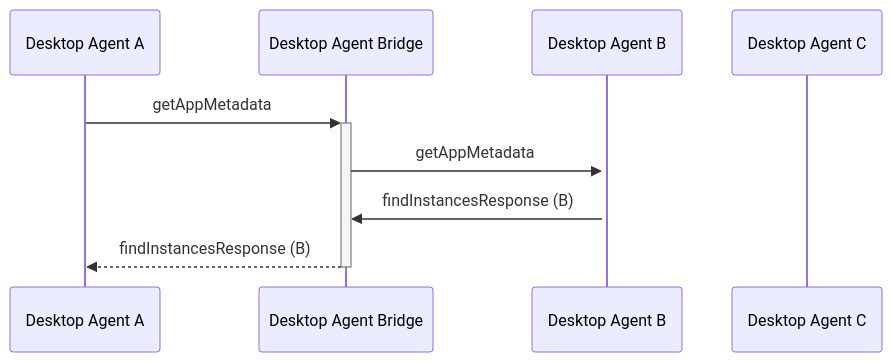
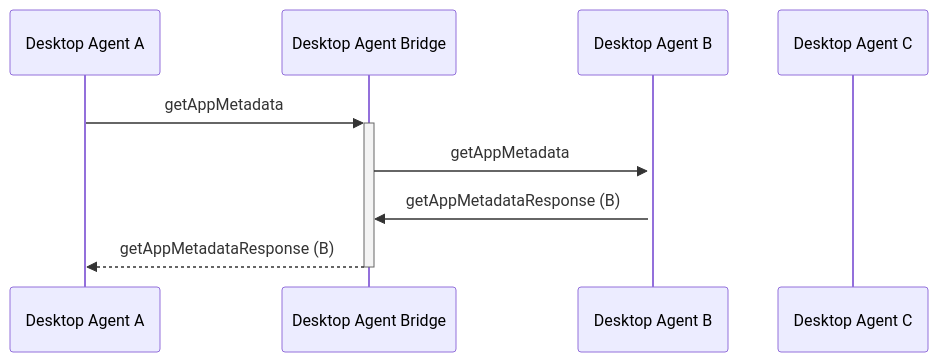
One commit to finos/FDC3 changed the eighth of 8 diagrams in docs/api-bridging/spec.md. Above: the diagram before and after it, drawn with Mermaid. The commit also changed other lines of this file, not shown here.

````diff
--- a/docs/api-bridging/spec.md
+++ b/docs/api-bridging/spec.md
@@ -1776,11 +1776,11 @@
 ```mermaid
 sequenceDiagram
     participant DA as Desktop Agent A
     participant DAB as Desktop Agent Bridge
     participant DB as Desktop Agent B
     participant DC as Desktop Agent C
     DA ->>+ DAB: getAppMetadata
     DAB ->>+ DB: getAppMetadata
-    DB ->> DAB: findInstancesResponse (B)
-    DAB -->>- DA: findInstancesResponse (B)
+    DB ->> DAB: getAppMetadataResponse (B)
+    DAB -->>- DA: getAppMetadataResponse (B)
 ```
````
